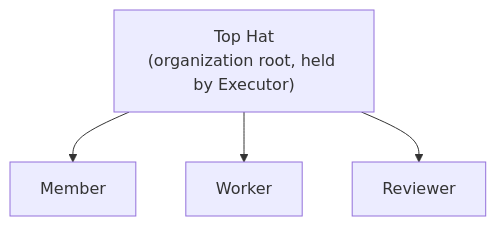
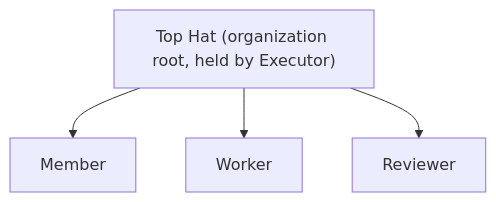
One commit to PerpetualOrganizationArchitect/POP changed the third of 3 diagrams in README.md. Above: the diagram before and after it, drawn with Mermaid. The commit also changed other lines of this file, not shown here.

First line of the commit message:
docs: fix mermaid <br/> rendering literally on GitHub (#146)

````diff
--- a/README.md
+++ b/README.md
@@ -279,7 +279,7 @@
 ```mermaid
 flowchart TD
-    TopHat["Top Hat<br/>(organization root, held by Executor)"]
+    TopHat["Top Hat (organization root, held by Executor)"]
     TopHat --> Member
     TopHat --> Worker
     TopHat --> Reviewer
 ```
````
